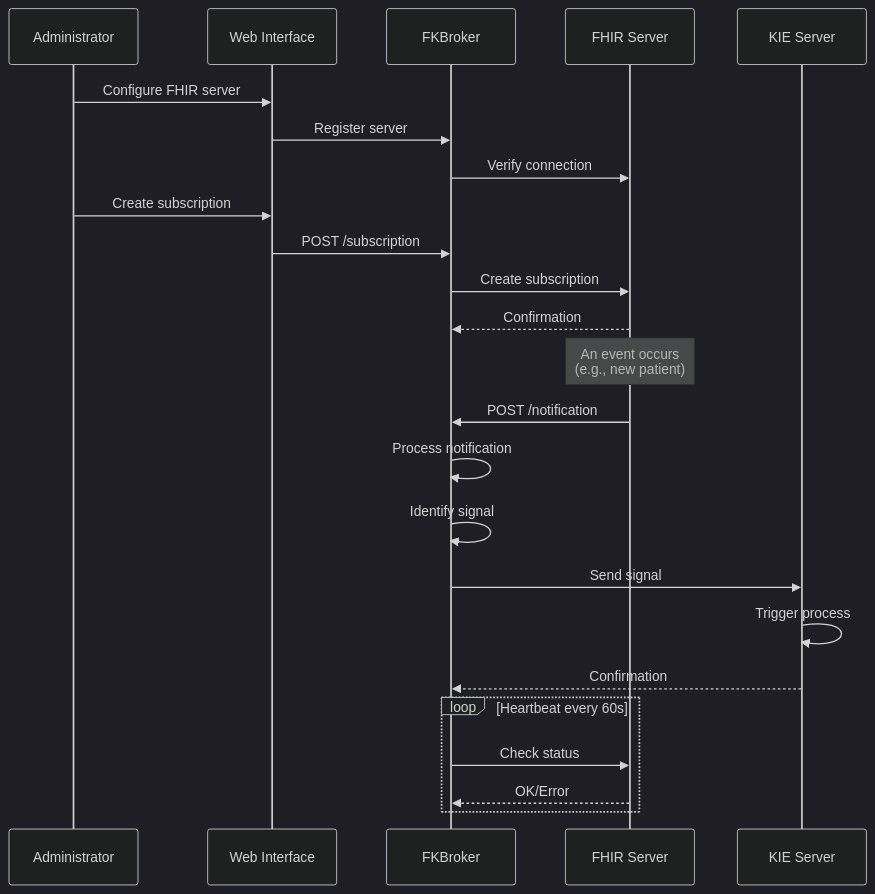
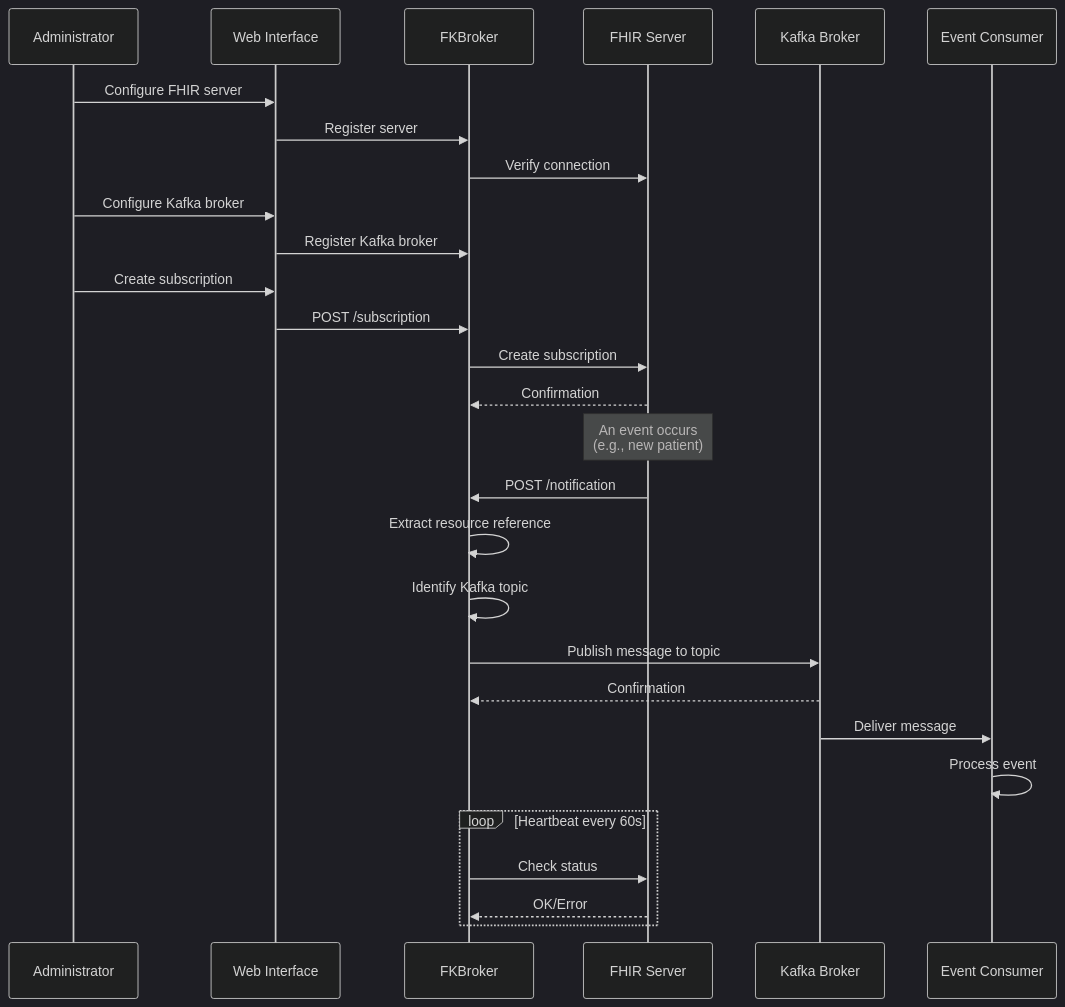
One commit to ASS-MUIT/FKBroker changed the second of 2 diagrams in fkbroker-service/readme.md. Above: the diagram before and after it, drawn with Mermaid (dark theme). The commit also changed other lines of this file and 27 other files, not shown here.

Commit message:
changing kie to kafka broker

````diff
--- a/fkbroker-service/readme.md
+++ b/fkbroker-service/readme.md
@@ -94,31 +107,36 @@
 ```mermaid
 sequenceDiagram
     participant Admin as Administrator
     participant Web as Web Interface
     participant Broker as FKBroker
     participant FHIR as FHIR Server
-    participant KIE as KIE Server
+    participant Kafka as Kafka Broker
+    participant Consumer as Event Consumer
     
     Admin->>Web: Configure FHIR server
     Web->>Broker: Register server
     Broker->>FHIR: Verify connection
+    
+    Admin->>Web: Configure Kafka broker
+    Web->>Broker: Register Kafka broker
     
     Admin->>Web: Create subscription
     Web->>Broker: POST /subscription
     Broker->>FHIR: Create subscription
     FHIR-->>Broker: Confirmation
     
     Note over FHIR: An event occurs<br/>(e.g., new patient)
     
     FHIR->>Broker: POST /notification
-    Broker->>Broker: Process notification
-    Broker->>Broker: Identify signal
-    Broker->>KIE: Send signal
-    KIE->>KIE: Trigger process
-    KIE-->>Broker: Confirmation
+    Broker->>Broker: Extract resource reference
+    Broker->>Broker: Identify Kafka topic
+    Broker->>Kafka: Publish message to topic
+    Kafka-->>Broker: Confirmation
+    Kafka->>Consumer: Deliver message
+    Consumer->>Consumer: Process event
     
     loop Heartbeat every 60s
         Broker->>FHIR: Check status
         FHIR-->>Broker: OK/Error
     end
 ```
````
